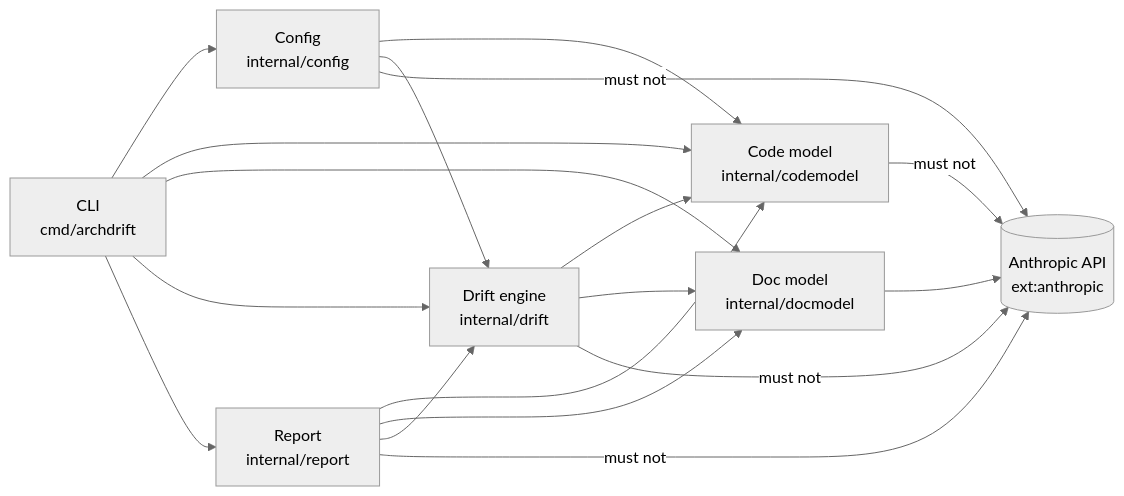
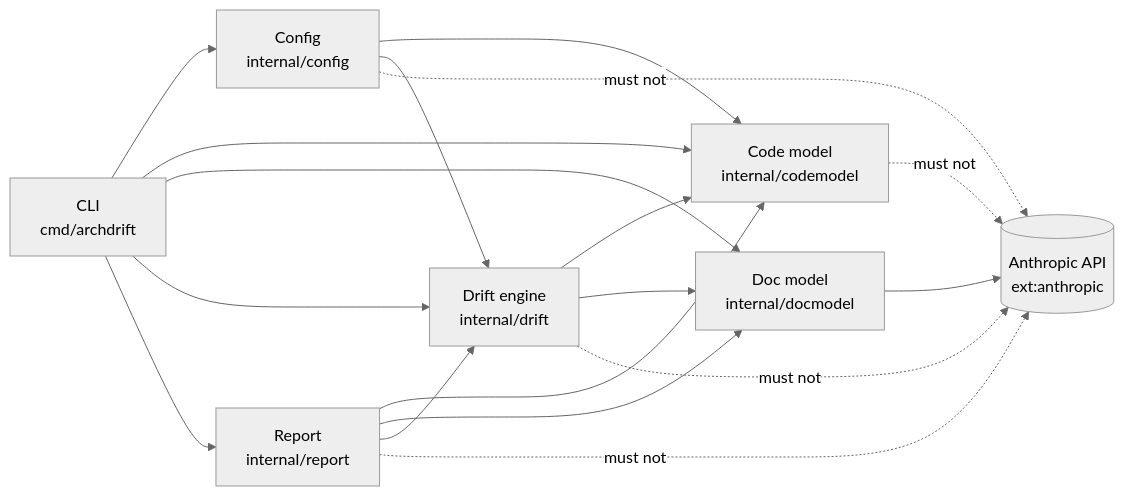
One commit to stmic168/arch-drift changed the second of 2 diagrams in README.md. Above: the diagram before and after it, drawn with Mermaid (neutral theme). The commit also changed other lines of this file, not shown here.

Commit message:
README: dotted must-not arrows in the architecture diagram
Rendered with Mermaid 11.4.1 in Chromium: both diagrams parse; the
forbidden arrows were indistinguishable from allowed ones. -. must not .->
is still read as forbidden (a temporary SDK import in internal/drift
gives FORBIDDEN_EDGE Drift engine -> Anthropic API).

````diff
--- a/README.md
+++ b/README.md
@@ -54,13 +54,13 @@
 ```mermaid
 flowchart LR
   %% archdrift: dependencies
   cli["CLI<br/>cmd/archdrift"] --> config["Config<br/>internal/config"] & code["Code model<br/>internal/codemodel"] & doc["Doc model<br/>internal/docmodel"] & drift["Drift engine<br/>internal/drift"] & report["Report<br/>internal/report"]
   config --> code & drift
   drift --> code & doc
   report --> code & doc & drift
   doc --> api[("Anthropic API<br/>ext:anthropic")]
-  code -- must not --> api
-  drift -- must not --> api
-  report -- must not --> api
-  config -- must not --> api
+  code -. must not .-> api
+  drift -. must not .-> api
+  report -. must not .-> api
+  config -. must not .-> api
 ```
````
